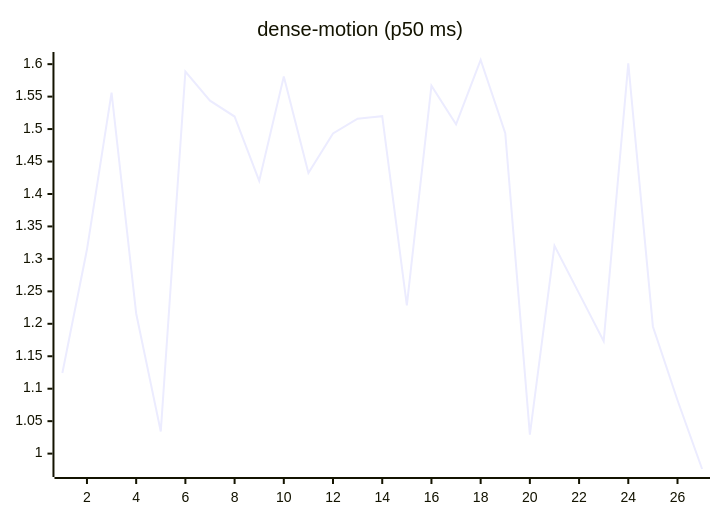
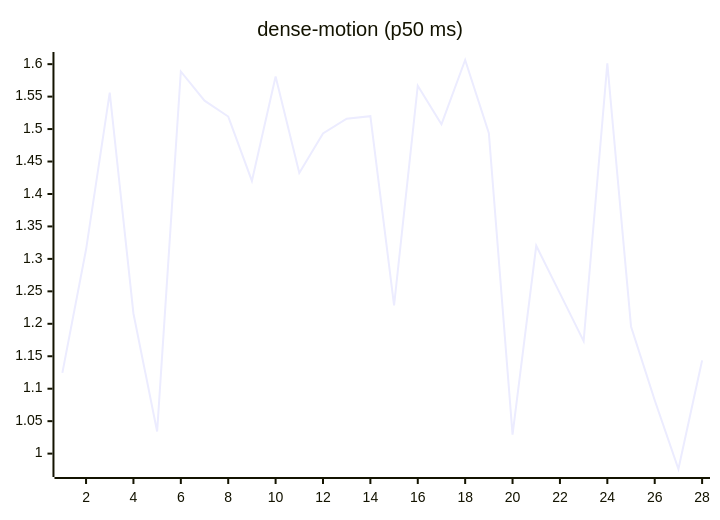
The ninth of 27 diagrams in README.md (josha/Facet), drawn with Mermaid before and after one commit. The commit also changed other lines of this file and 2 other files, not shown here.

````diff
--- a/README.md
+++ b/README.md
@@ -119,6 +119,6 @@
 ```mermaid
 xychart-beta
     title "dense-motion (p50 ms)"
-    x-axis 1 --> 27
-    line [1.1243, 1.3144, 1.5562, 1.2159, 1.0340, 1.5887, 1.5438, 1.5193, 1.4201, 1.5809, 1.4323, 1.4933, 1.5160, 1.5198, 1.2285, 1.5668, 1.5073, 1.6064, 1.4938, 1.0293, 1.3202, 1.2469, 1.1733, 1.6011, 1.1959, 1.0823, 0.9763]
+    x-axis 1 --> 28
+    line [1.1243, 1.3144, 1.5562, 1.2159, 1.0340, 1.5887, 1.5438, 1.5193, 1.4201, 1.5809, 1.4323, 1.4933, 1.5160, 1.5198, 1.2285, 1.5668, 1.5073, 1.6064, 1.4938, 1.0293, 1.3202, 1.2469, 1.1733, 1.6011, 1.1959, 1.0823, 0.9763, 1.1436]
 ```
````
